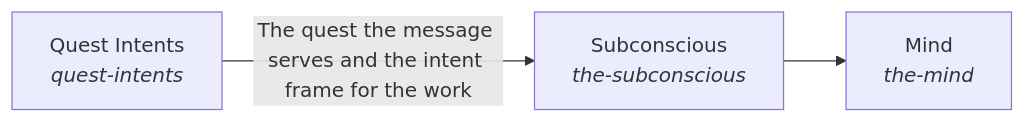
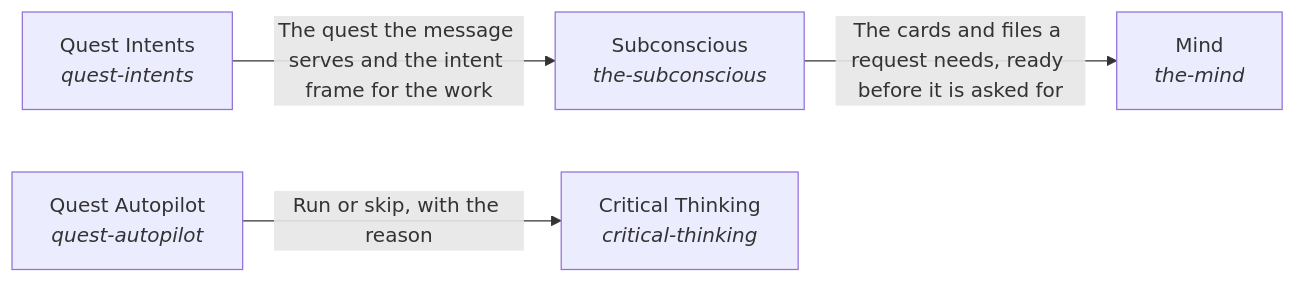
Before and after one commit to SpiritualData/quest-ai-runner: the diagram in quest_ai_runner/the_intelligence/diagram.md, drawn with Mermaid. The commit also changed other lines of this file and 29 other files, not shown here.

````diff
--- a/quest_ai_runner/the_intelligence/diagram.md
+++ b/quest_ai_runner/the_intelligence/diagram.md
@@ -9,8 +9,11 @@
 ```mermaid
 flowchart LR
     s0["Subconscious<br/><i>the-subconscious</i>"]
     s1["Mind<br/><i>the-mind</i>"]
-    s2["Quest Intents<br/><i>quest-intents</i>"]
-    s0 --> s1
-    s2 -->|"The quest the message serves and the intent frame for the work"| s0
+    s2["Critical Thinking<br/><i>critical-thinking</i>"]
+    s3["Quest Autopilot<br/><i>quest-autopilot</i>"]
+    s4["Quest Intents<br/><i>quest-intents</i>"]
+    s0 -->|"The cards and files a request needs, ready before it is asked for"| s1
+    s3 -->|"Run or skip, with the reason"| s2
+    s4 -->|"The quest the message serves and the intent frame for the work"| s0
 ```
````
